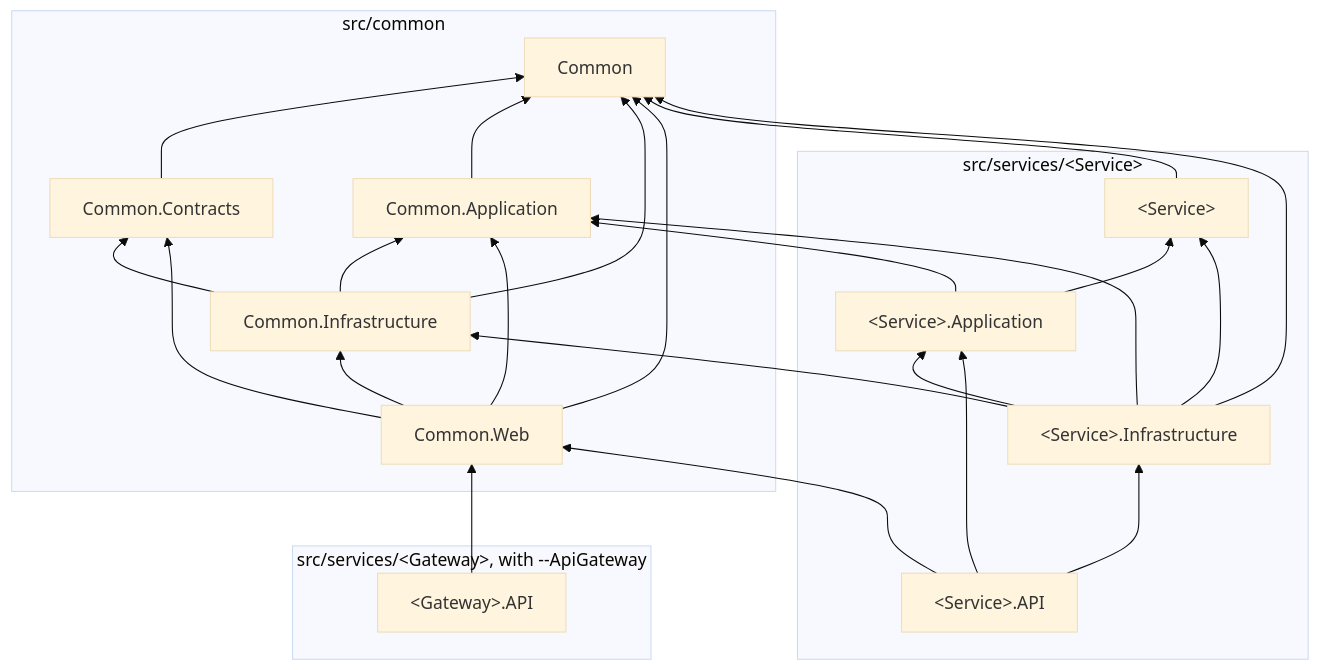
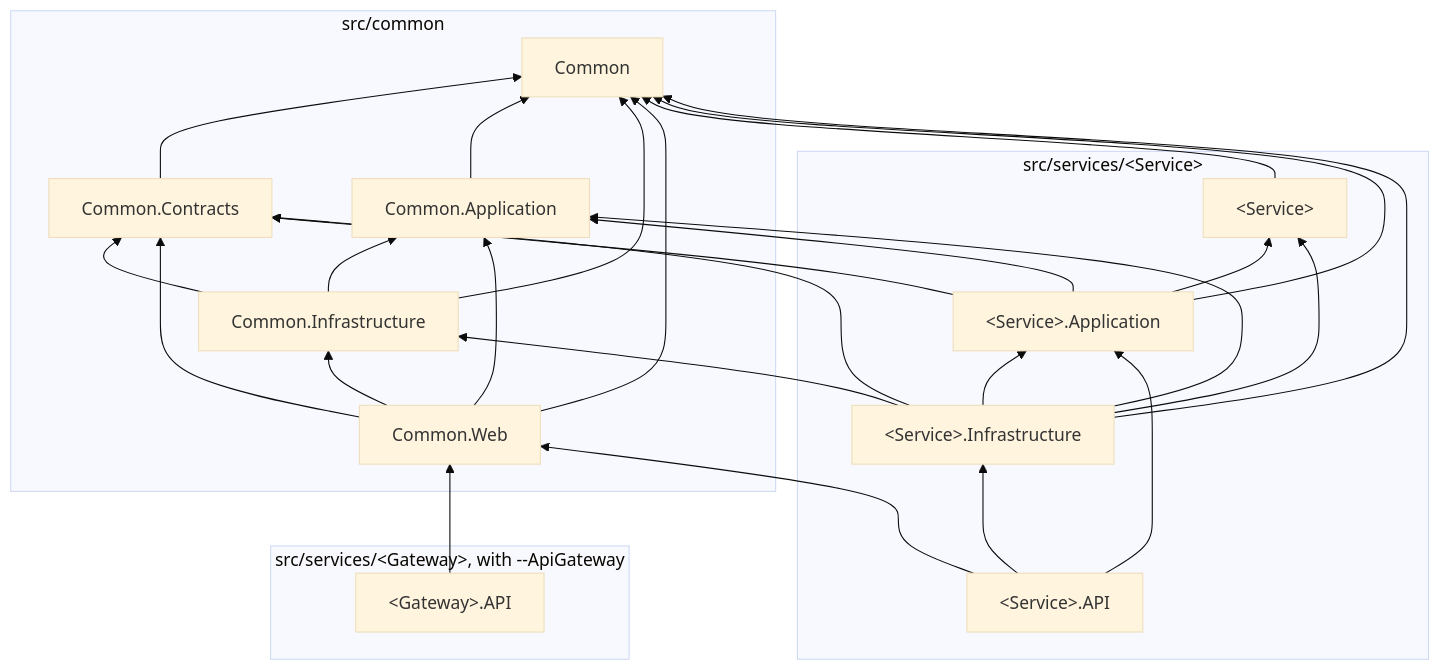
One commit to Vovanda/DotNetSolutionKit changed the diagram in docs/architecture/projects-and-layers.md. Above: the diagram before and after it, drawn with Mermaid (base theme). The commit also changed other lines of this file and 9 other files, not shown here.

````diff
--- a/docs/architecture/projects-and-layers.md
+++ b/docs/architecture/projects-and-layers.md
@@ -8,31 +8,34 @@
 ```mermaid
 flowchart BT
     subgraph common [src/common]
         C[Common]
         CC[Common.Contracts] --> C
         CA[Common.Application] --> C
         CI[Common.Infrastructure] --> C
         CI --> CA
         CI --> CC
         CW[Common.Web] --> C
         CW --> CC
         CW --> CA
         CW --> CI
     end
     subgraph service ["src/services/#lt;Service#gt;"]
         D["#lt;Service#gt;"] --> C
         A["#lt;Service#gt;.Application"] --> D
         A --> CA
+        A --> C
+        A --> CC
         I["#lt;Service#gt;.Infrastructure"] --> D
         I --> A
         I --> C
         I --> CA
         I --> CI
+        I --> CC
         API["#lt;Service#gt;.API"] --> A
         API --> I
         API --> CW
     end
     subgraph gateway ["src/services/#lt;Gateway#gt;, with --ApiGateway"]
         G["#lt;Gateway#gt;.API"] --> CW
     end
 ```
````
